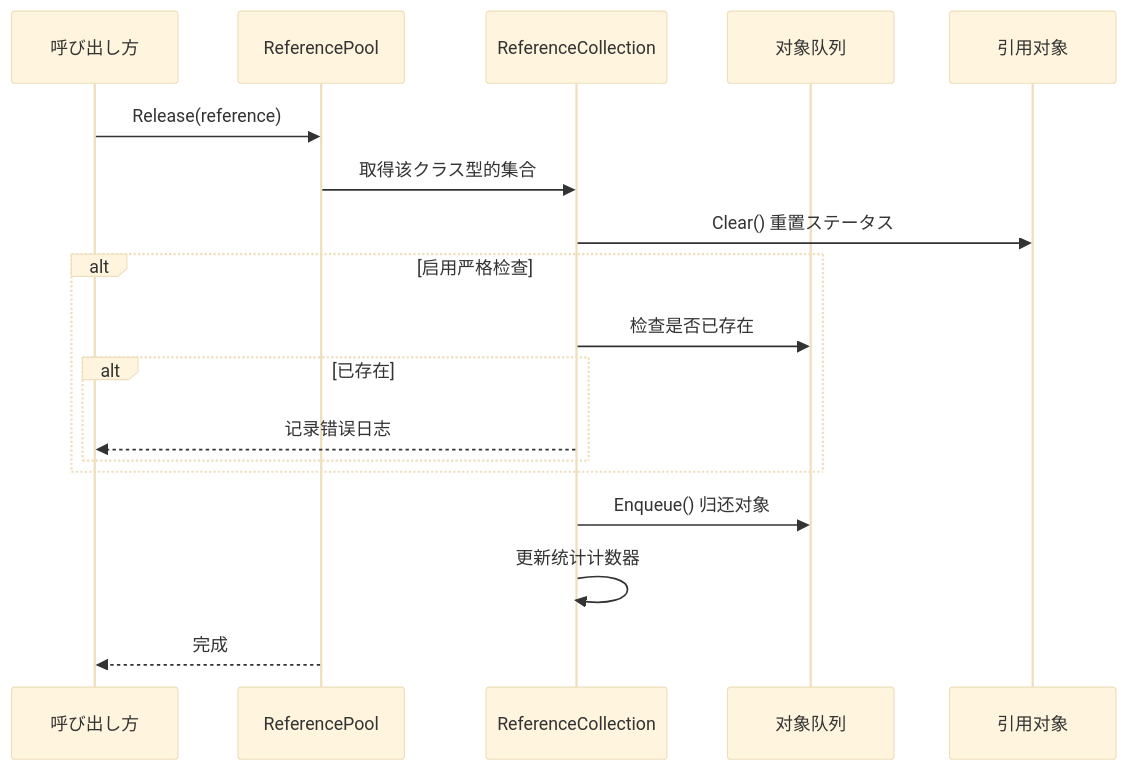
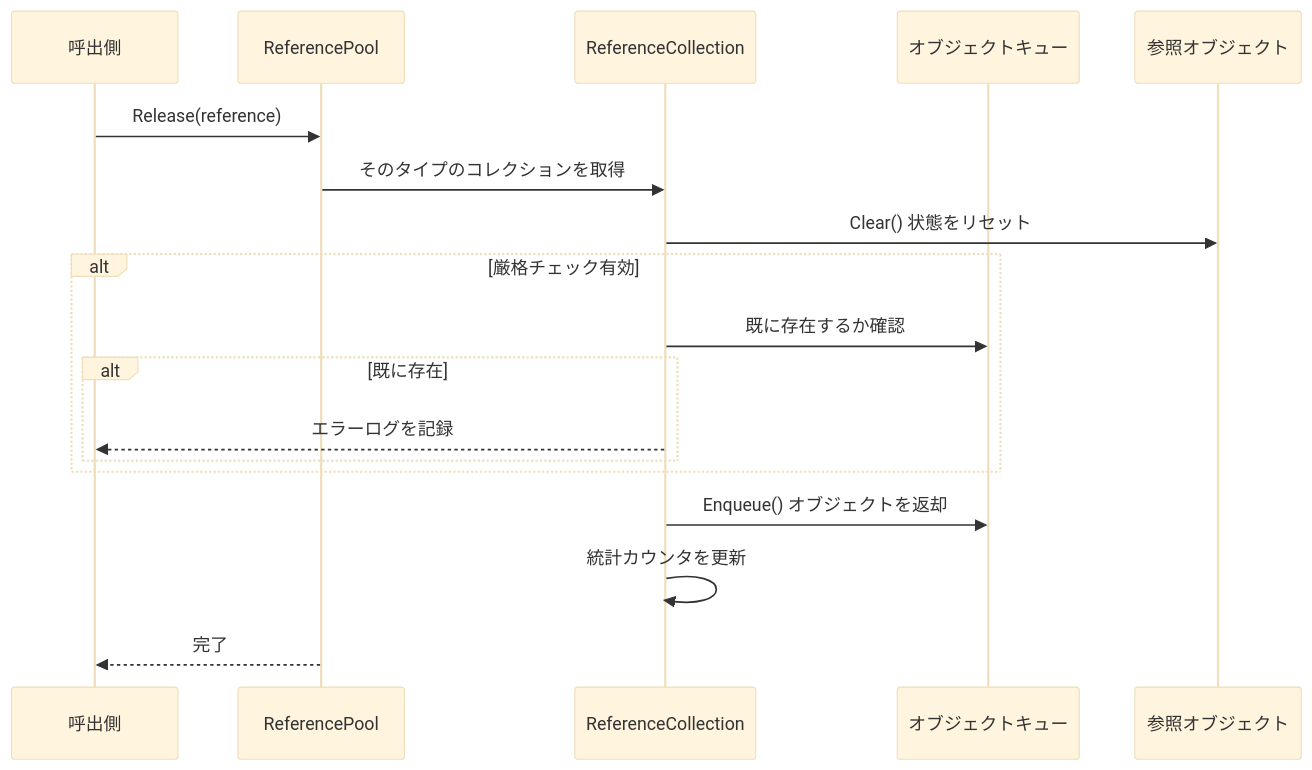
Before and after one commit to AlianBlank/GameFrameX.Docs: the third of 3 diagrams in docs/ja/client/unity/component/core/08.reference-pool.md, drawn with Mermaid (base theme). The commit also changed other lines of this file and 320 other files, not shown here.

````diff
--- a/docs/ja/client/unity/component/core/08.reference-pool.md
+++ b/docs/ja/client/unity/component/core/08.reference-pool.md
@@ -88,21 +88,21 @@
 ```mermaid
 sequenceDiagram
-    participant Client as 呼び出し方
+    participant Client as 呼出側
     participant Pool as ReferencePool
     participant Collection as ReferenceCollection
-    participant Queue as 对象队列
-    participant Ref as 引用对象
+    participant Queue as オブジェクトキュー
+    participant Ref as 参照オブジェクト
 
     Client->>Pool: Release(reference)
-    Pool->>Collection: 取得该クラス型的集合
-    Collection->>Ref: Clear() 重置ステータス
-    alt 启用严格检查
-        Collection->>Queue: 检查是否已存在
-        alt 已存在
-            Collection-->>Client: 记录错误日志
+    Pool->>Collection: そのタイプのコレクションを取得
+    Collection->>Ref: Clear() 状態をリセット
+    alt 厳格チェック有効
+        Collection->>Queue: 既に存在するか確認
+        alt 既に存在
+            Collection-->>Client: エラーログを記録
         end
     end
-    Collection->>Queue: Enqueue() 归还对象
-    Collection->>Collection: 更新统计计数器
-    Pool-->>Client: 完成
+    Collection->>Queue: Enqueue() オブジェクトを返却
+    Collection->>Collection: 統計カウンタを更新
+    Pool-->>Client: 完了
 ```
````
